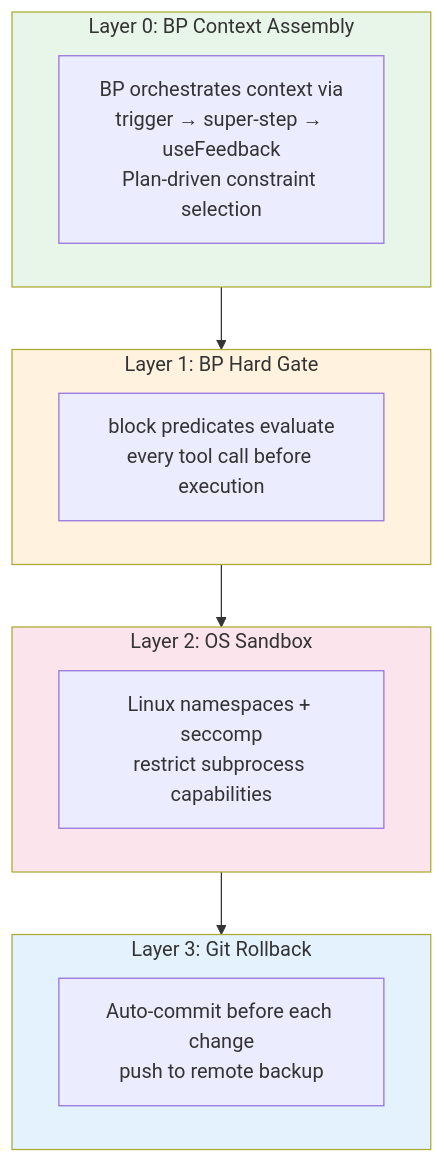
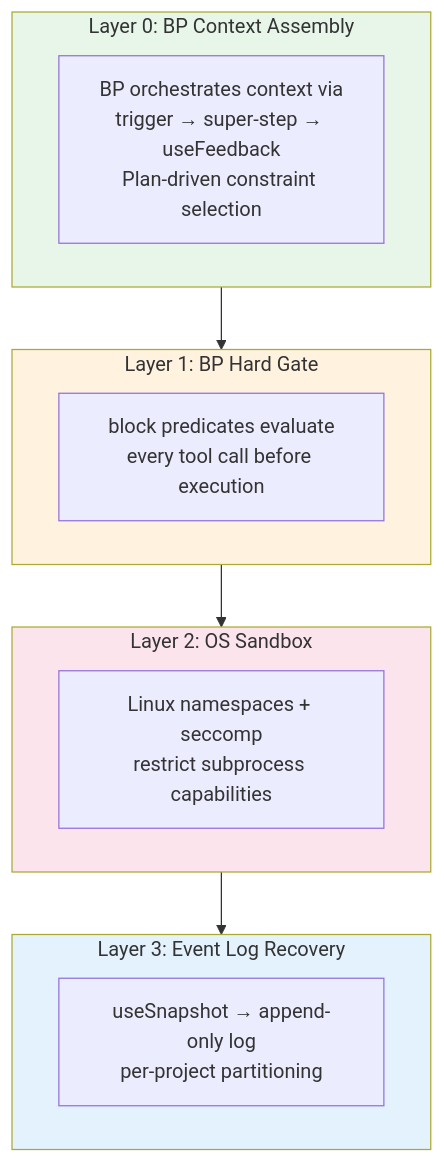
The third of 3 diagrams in docs/SYSTEM-DESIGN-V3.md (plaited/plaited), drawn with Mermaid before and after one commit. The commit also changed other lines of this file, not shown here.

First line of the commit message:
docs(agent): add event log, project isolation, and revised Layer 3

````diff
--- a/docs/SYSTEM-DESIGN-V3.md
+++ b/docs/SYSTEM-DESIGN-V3.md
@@ -265,25 +361,25 @@
 ```mermaid
 graph TD
     subgraph L0["Layer 0: BP Context Assembly"]
         INJ["BP orchestrates context via<br/>trigger → super-step → useFeedback<br/>Plan-driven constraint selection"]
     end
 
     subgraph L1["Layer 1: BP Hard Gate"]
         GATE["block predicates evaluate<br/>every tool call before execution"]
     end
 
     subgraph L2["Layer 2: OS Sandbox"]
         SB["Linux namespaces + seccomp<br/>restrict subprocess capabilities"]
     end
 
-    subgraph L3["Layer 3: Git Rollback"]
-        GIT["Auto-commit before each change<br/>push to remote backup"]
+    subgraph L3["Layer 3: Event Log Recovery"]
+        GIT["useSnapshot → append-only log<br/>per-project partitioning"]
     end
 
     L0 --> L1 --> L2 --> L3
 
     style L0 fill:#e8f5e9
     style L1 fill:#fff3e0
     style L2 fill:#fce4ec
     style L3 fill:#e3f2fd
 ```
````
